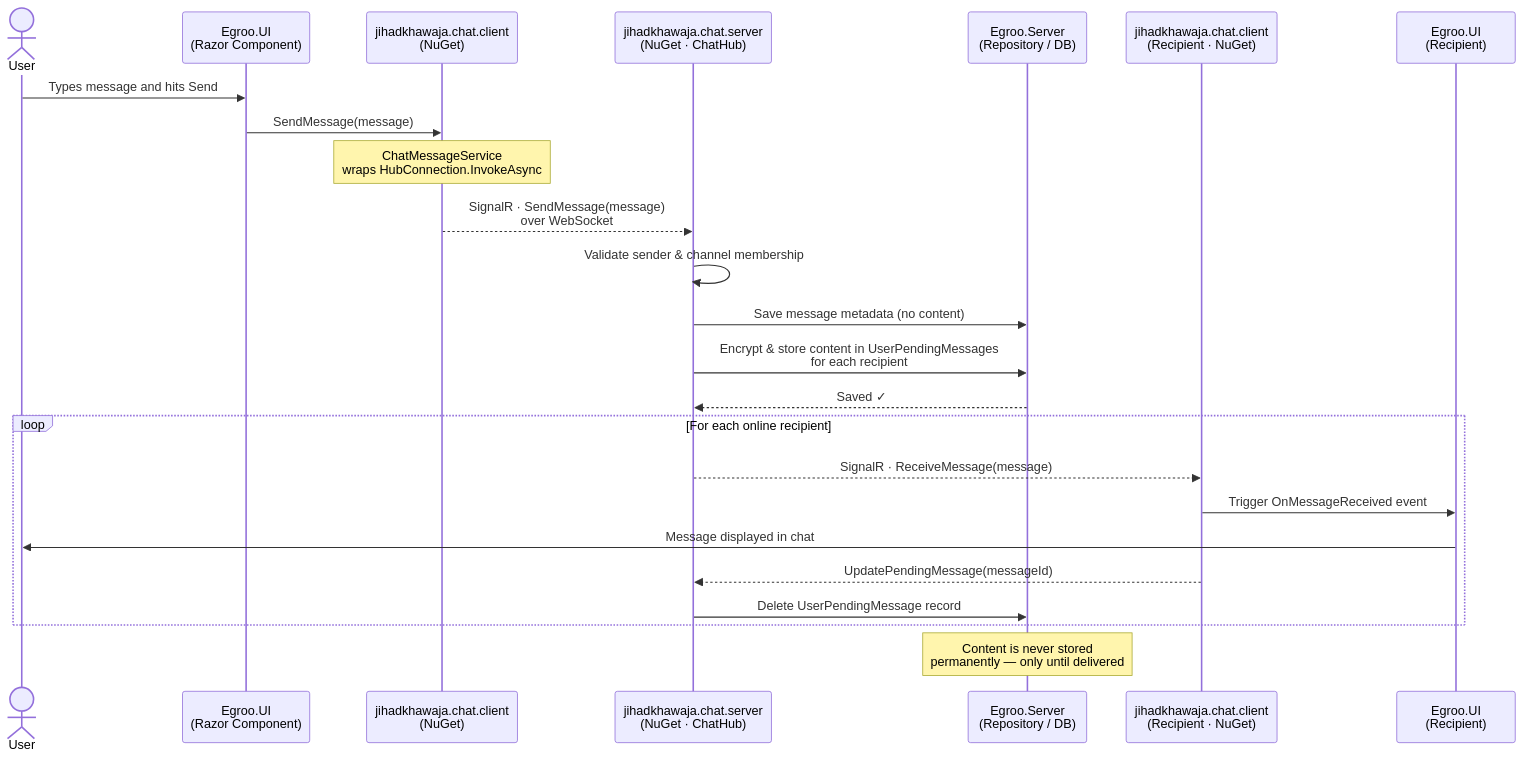
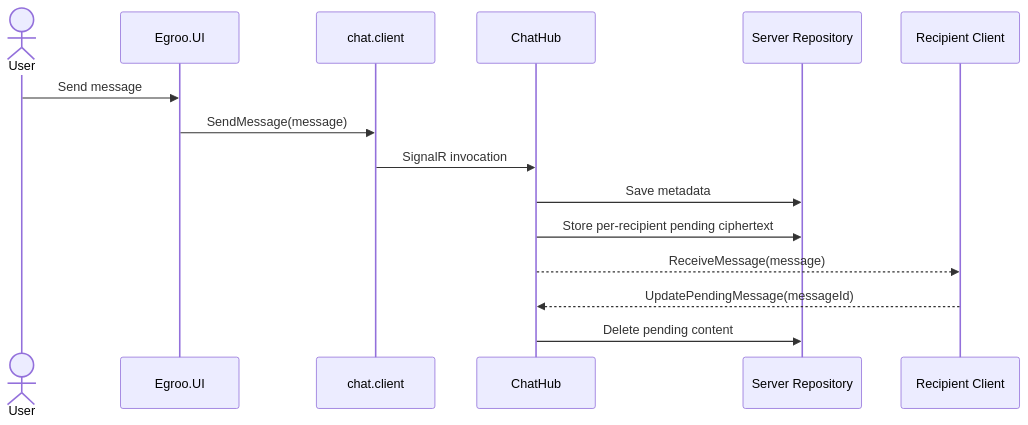
The third of 5 diagrams in wiki/Architecture.md (jihadkhawaja/Egroo), drawn with Mermaid before and after one commit. The commit also changed other lines of this file and 106 other files, not shown here.

````diff
--- a/wiki/Architecture.md
+++ b/wiki/Architecture.md
@@ -26,29 +108,18 @@
 ```mermaid
 sequenceDiagram
     actor User
-    participant UI as Egroo.UI<br/>(Razor Component)
-    participant Client as jihadkhawaja.chat.client<br/>(NuGet)
-    participant Hub as jihadkhawaja.chat.server<br/>(NuGet · ChatHub)
-    participant Repo as Egroo.Server<br/>(Repository / DB)
-    participant RecipientClient as jihadkhawaja.chat.client<br/>(Recipient · NuGet)
-    participant RecipientUI as Egroo.UI<br/>(Recipient)
+    participant UI as Egroo.UI
+    participant Client as chat.client
+    participant Hub as ChatHub
+    participant Repo as Server Repository
+    participant Recipient as Recipient Client
 
-    User->>UI: Types message and hits Send
+    User->>UI: Send message
     UI->>Client: SendMessage(message)
-    Note over Client: ChatMessageService<br/>wraps HubConnection.InvokeAsync
-    Client-->>Hub: SignalR · SendMessage(message)<br/>over WebSocket
-    Hub->>Hub: Validate sender & channel membership
-    Hub->>Repo: Save message metadata (no content)
-    Hub->>Repo: Encrypt & store content in UserPendingMessages<br/>for each recipient
-    Repo-->>Hub: Saved ✓
-
-    loop For each online recipient
-        Hub-->>RecipientClient: SignalR · ReceiveMessage(message)
-        RecipientClient->>RecipientUI: Trigger OnMessageReceived event
-        RecipientUI->>User: Message displayed in chat
-        RecipientClient-->>Hub: UpdatePendingMessage(messageId)
-        Hub->>Repo: Delete UserPendingMessage record
-    end
-
-    Note over Repo: Content is never stored<br/>permanently — only until delivered
+    Client->>Hub: SignalR invocation
+    Hub->>Repo: Save metadata
+    Hub->>Repo: Store per-recipient pending ciphertext
+    Hub-->>Recipient: ReceiveMessage(message)
+    Recipient-->>Hub: UpdatePendingMessage(messageId)
+    Hub->>Repo: Delete pending content
 ```
````
